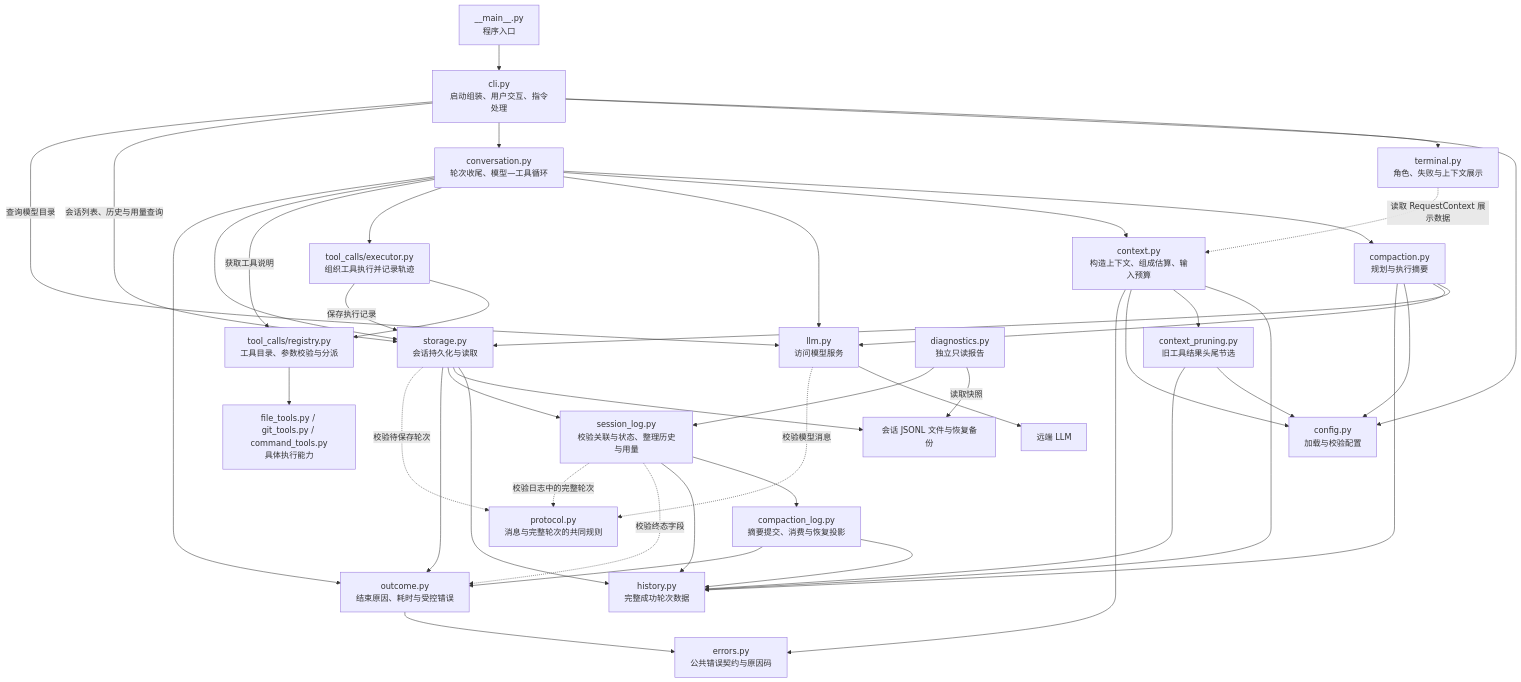
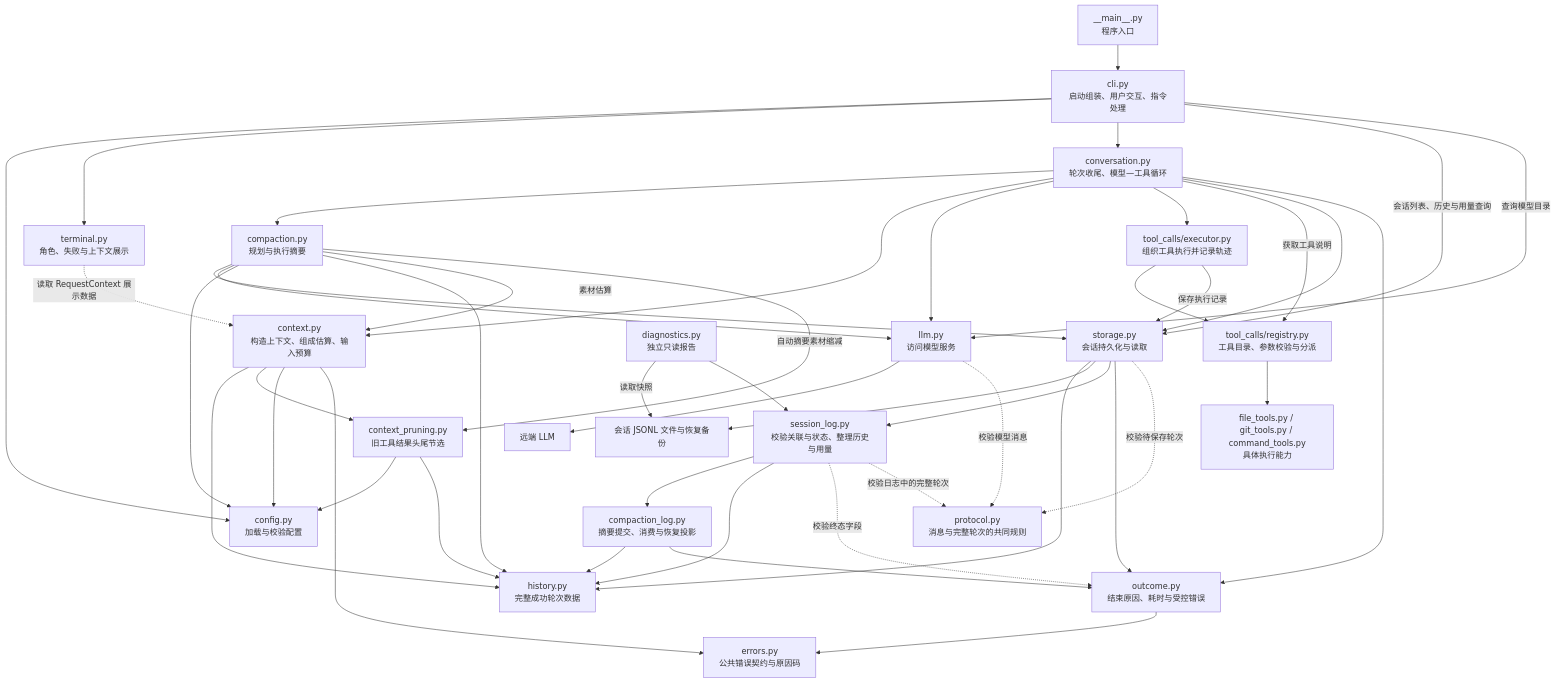
The first of 3 diagrams in docs/architecture.md (Plvltra/AdamAgent), drawn with Mermaid before and after one commit. The commit also changed other lines of this file and 16 other files, not shown here.

````diff
--- a/docs/architecture.md
+++ b/docs/architecture.md
@@ -15,49 +15,51 @@
 ```mermaid
 flowchart TD
     ENTRY["__main__.py<br/>程序入口"] --> CLI["cli.py<br/>启动组装、用户交互、指令处理"]
     CLI --> CONFIG["config.py<br/>加载与校验配置"]
     CLI --> TERMINAL["terminal.py<br/>角色、失败与上下文展示"]
     CLI --> CONV["conversation.py<br/>轮次收尾、模型—工具循环"]
     CLI -->|"会话列表、历史与用量查询"| STORE["storage.py<br/>会话持久化与读取"]
 
     CONV --> COMPACT["compaction.py<br/>规划与执行摘要"]
     COMPACT --> STORE
     COMPACT --> LLM
     COMPACT --> CONFIG
     COMPACT --> HISTORY
+    COMPACT -->|"素材估算"| CONTEXT
+    COMPACT -->|"自动摘要素材缩减"| PRUNE
     LOG --> CLOG["compaction_log.py<br/>摘要提交、消费与恢复投影"]
     CLOG --> HISTORY
     CLOG --> OUTCOME
     CONV --> CONTEXT["context.py<br/>构造上下文、组成估算、输入预算"]
     CONTEXT --> HISTORY["history.py<br/>完整成功轮次数据"]
     STORE --> HISTORY
     LOG --> HISTORY
     CONTEXT --> PRUNE["context_pruning.py<br/>旧工具结果头尾节选"]
     PRUNE --> CONFIG
     PRUNE --> HISTORY
     CONTEXT --> CONFIG
     CONTEXT --> ERROR
     TERMINAL -.->|"读取 RequestContext 展示数据"| CONTEXT
     CONV --> LLM["llm.py<br/>访问模型服务"]
     CLI -->|"查询模型目录"| LLM
     LLM --> API["远端 LLM"]
     CONV --> EXEC["tool_calls/executor.py<br/>组织工具执行并记录轨迹"]
     CONV -->|"获取工具说明"| REG["tool_calls/registry.py<br/>工具目录、参数校验与分派"]
     EXEC --> REG
     REG --> TOOLS["file_tools.py / git_tools.py / command_tools.py<br/>具体执行能力"]
 
     CONV --> STORE
     EXEC -->|"保存执行记录"| STORE
     STORE --> FILE["会话 JSONL 文件与恢复备份"]
     DIAG["diagnostics.py<br/>独立只读报告"] -->|读取快照| FILE
     DIAG --> LOG
     STORE --> LOG["session_log.py<br/>校验关联与状态、整理历史与用量"]
     CONV --> OUTCOME["outcome.py<br/>结束原因、耗时与受控错误"]
     STORE --> OUTCOME
     LOG -.->|"校验终态字段"| OUTCOME
     OUTCOME --> ERROR["errors.py<br/>公共错误契约与原因码"]
 
     LLM -.->|"校验模型消息"| PROTOCOL["protocol.py<br/>消息与完整轮次的共同规则"]
     STORE -.->|"校验待保存轮次"| PROTOCOL
     LOG -.->|"校验日志中的完整轮次"| PROTOCOL
 ```
````
